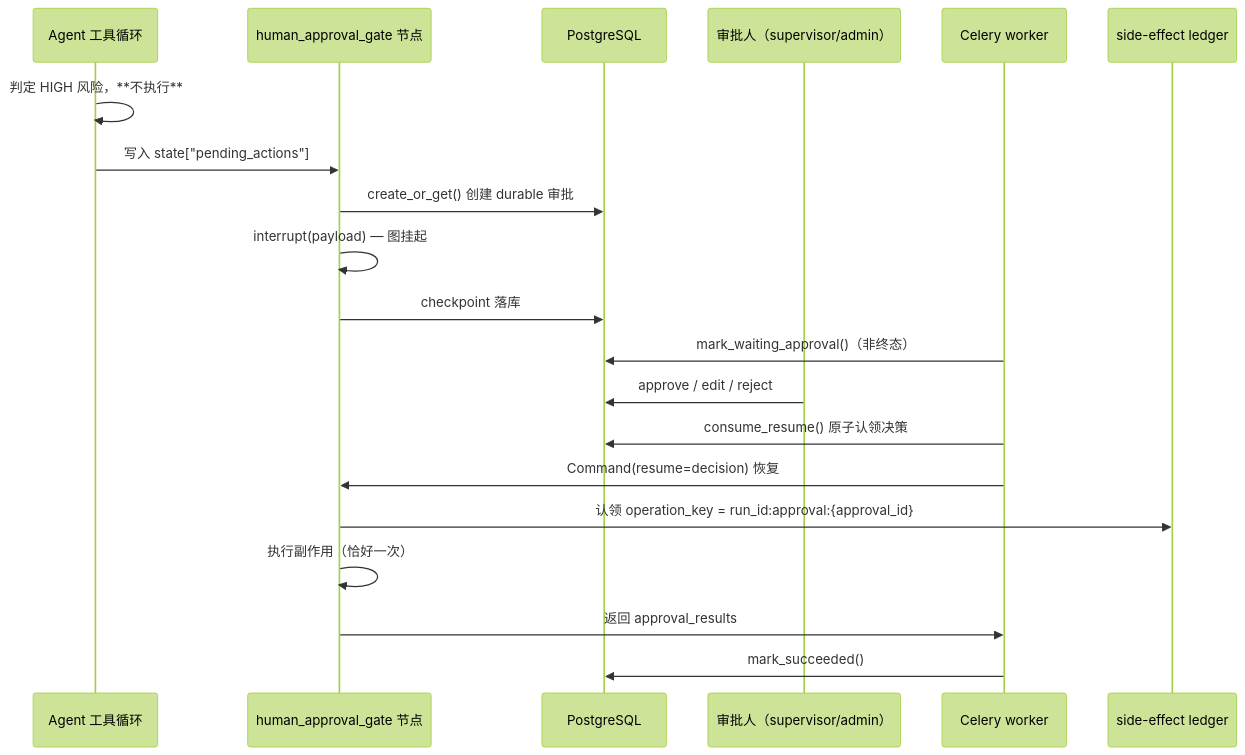
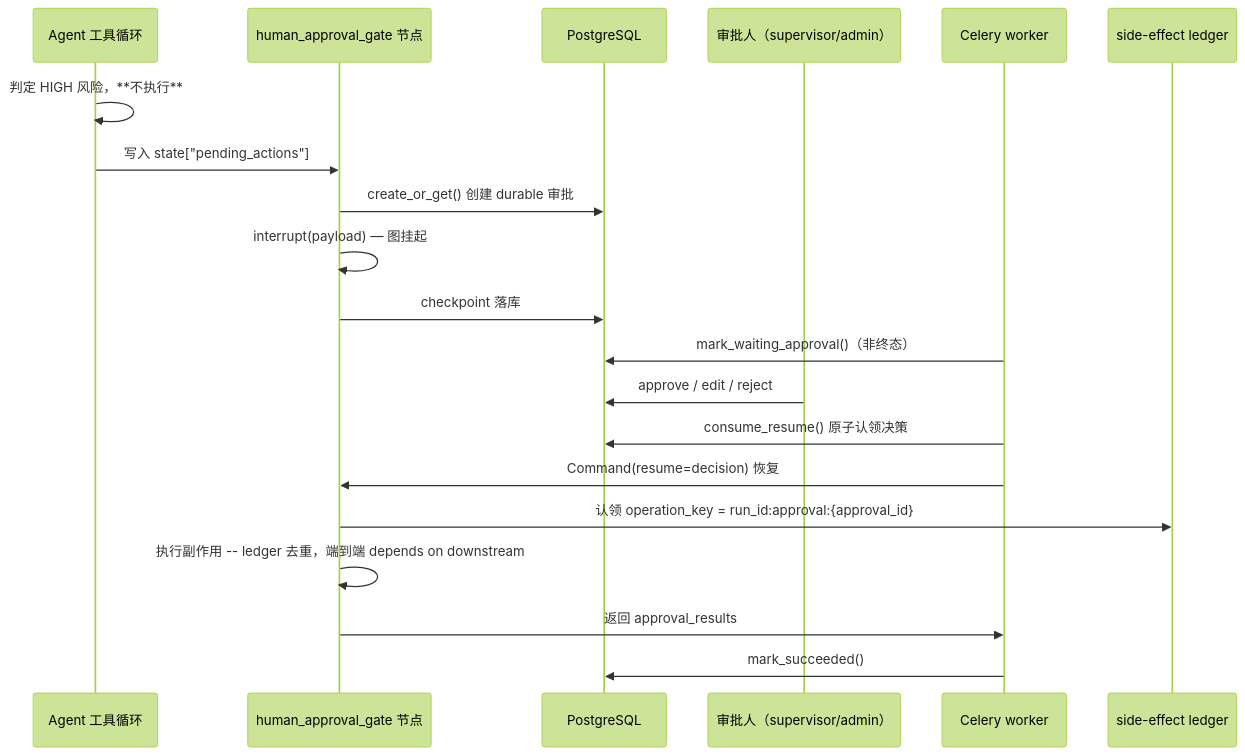
Before and after one commit to Xander-Xai/Customer-Service-AI-Agent: the diagram in docs/design/human-in-the-loop.md, drawn with Mermaid (forest theme). The commit also changed other lines of this file and 19 other files, not shown here.

````diff
--- a/docs/design/human-in-the-loop.md
+++ b/docs/design/human-in-the-loop.md
@@ -97,23 +97,23 @@
 ```mermaid
 sequenceDiagram
     participant A as Agent 工具循环
     participant G as human_approval_gate 节点
     participant DB as PostgreSQL
     participant H as 审批人（supervisor/admin）
     participant W as Celery worker
     participant L as side-effect ledger
 
     A->>A: 判定 HIGH 风险，**不执行**
     A->>G: 写入 state["pending_actions"]
     G->>DB: create_or_get() 创建 durable 审批
     G->>G: interrupt(payload) — 图挂起
     G->>DB: checkpoint 落库
     W->>DB: mark_waiting_approval()（非终态）
     H->>DB: approve / edit / reject
     W->>DB: consume_resume() 原子认领决策
     W->>G: Command(resume=decision) 恢复
     G->>L: 认领 operation_key = run_id:approval:{approval_id}
-    G->>G: 执行副作用（恰好一次）
+    G->>G: 执行副作用 -- ledger 去重，端到端 depends on downstream
     G->>W: 返回 approval_results
     W->>DB: mark_succeeded()
 ```
````
